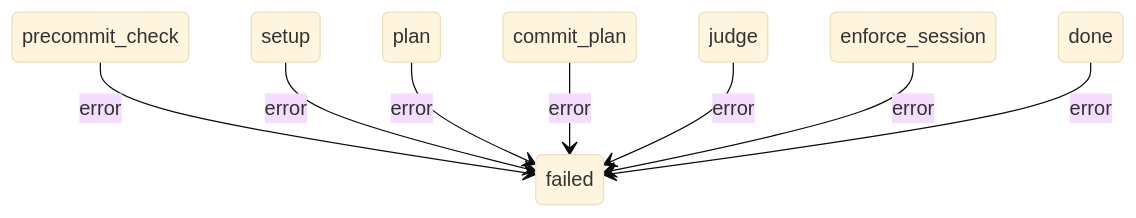
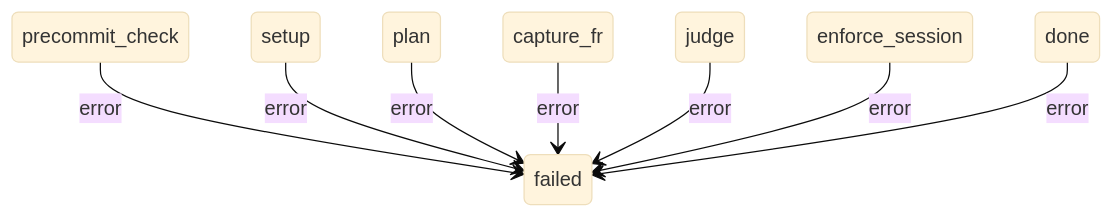
One commit to sheikkinen/yamlgraph changed the second of 3 diagrams in docs/fsm-diagrams/watcher-pipeline-v2/watcher-pipeline-v2_fsm.md. Above: the diagram before and after it, drawn with Mermaid (base theme). The commit also changed other lines of this file and 8 other files, not shown here.

````diff
--- a/docs/fsm-diagrams/watcher-pipeline-v2/watcher-pipeline-v2_fsm.md
+++ b/docs/fsm-diagrams/watcher-pipeline-v2/watcher-pipeline-v2_fsm.md
@@ -57,19 +58,19 @@
 ```mermaid
 stateDiagram-v2
     %% Error Handling Flow
+    capture_fr : capture_fr
+    enforce_session : enforce_session
+    judge : judge
+    done : done
+    setup : setup
+    plan : plan
+    failed : failed
     precommit_check : precommit_check
-    commit_plan : commit_plan
-    plan : plan
-    judge : judge
-    setup : setup
-    done : done
-    failed : failed
-    enforce_session : enforce_session
     precommit_check --> failed : error
     setup --> failed : error
     plan --> failed : error
-    commit_plan --> failed : error
+    capture_fr --> failed : error
     judge --> failed : error
     enforce_session --> failed : error
     done --> failed : error
 ```
````
